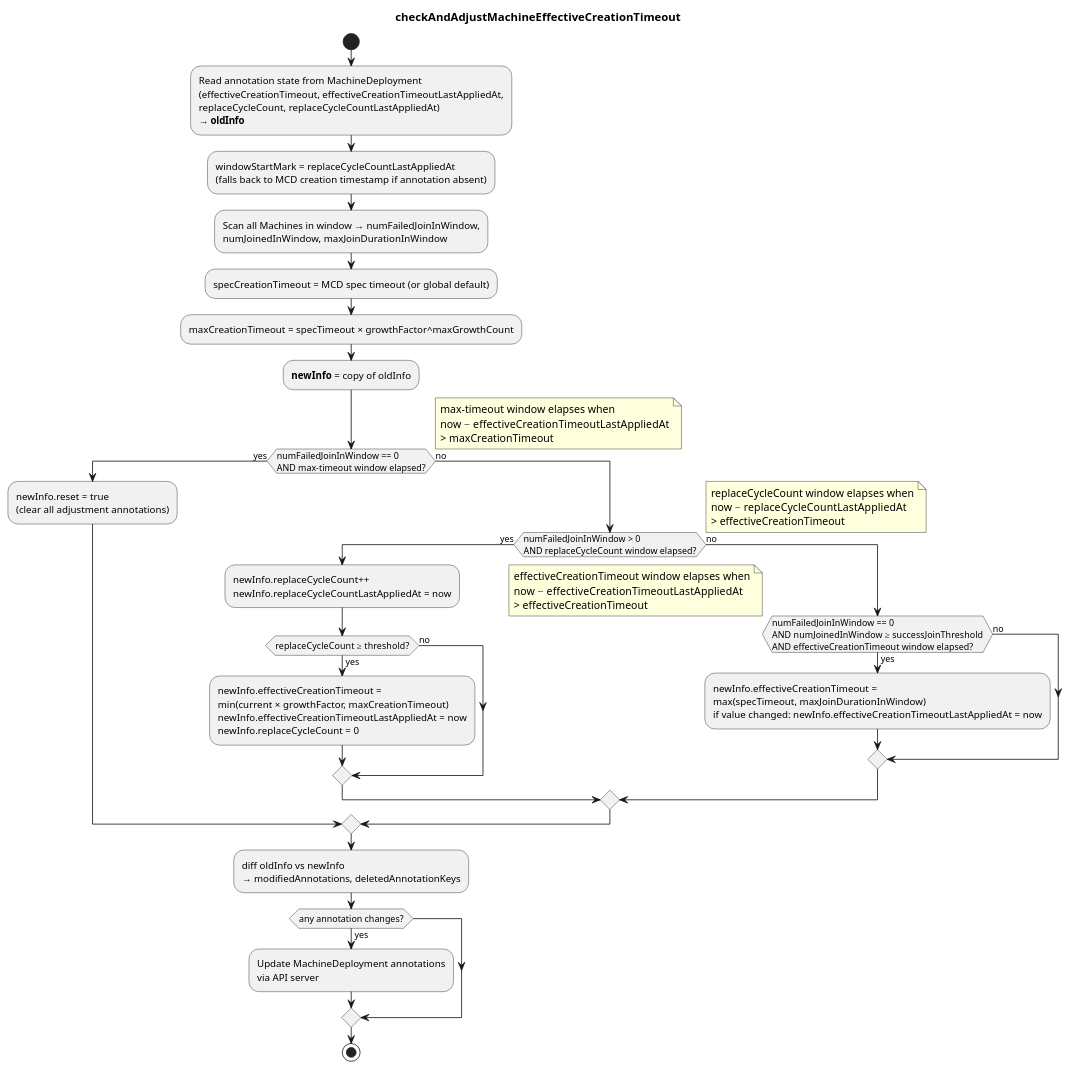
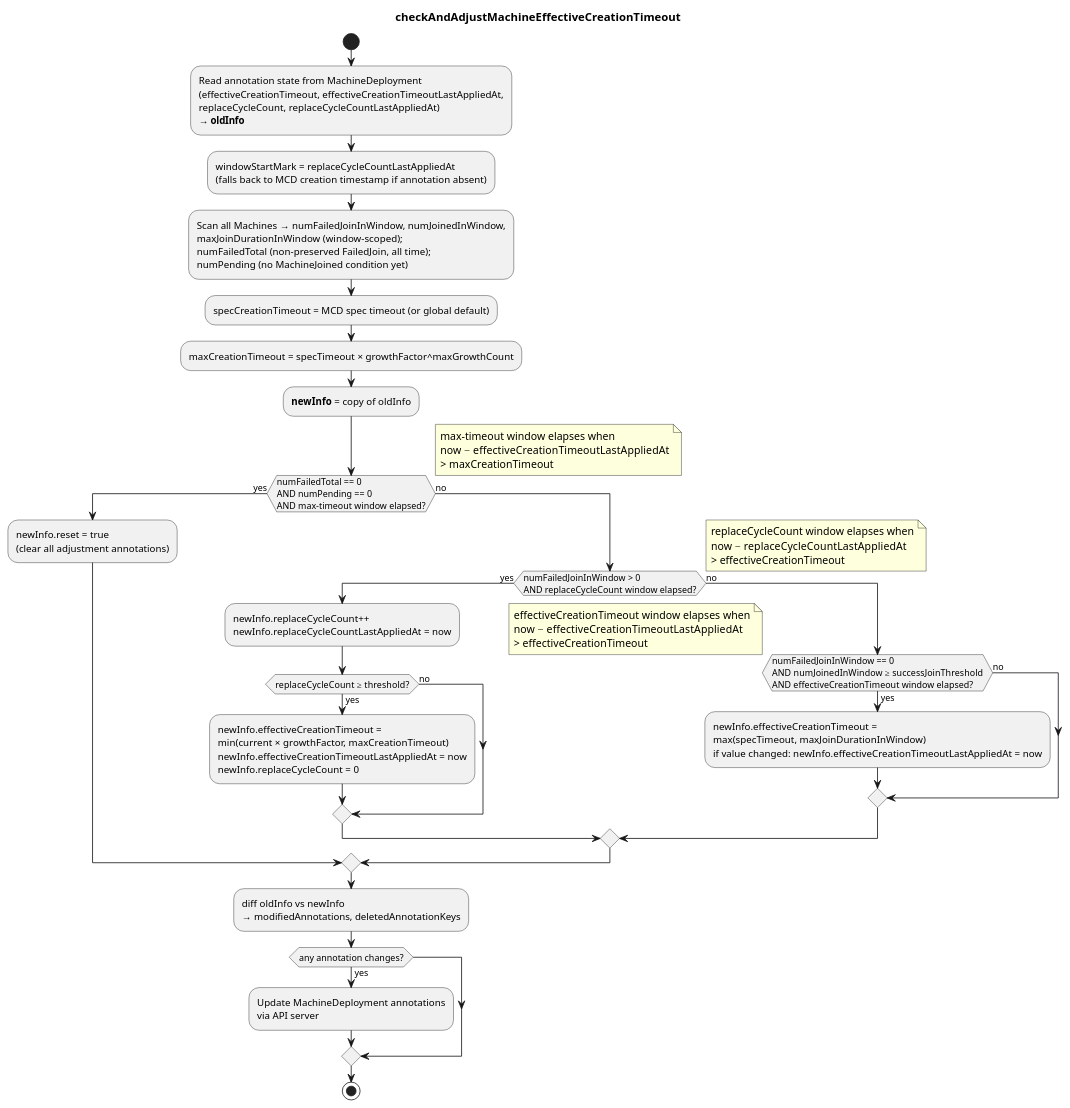
The diagram in docs/images/adjust-effective-creation-timeout.puml (gardener/machine-controller-manager), drawn with PlantUML before and after one commit. The commit also changed 5 other files, not shown here.

First line of the commit message:
Fix spurious reset of effective-creation-timeout while machines are continuously failing or pending

```diff
--- a/docs/images/adjust-effective-creation-timeout.puml
+++ b/docs/images/adjust-effective-creation-timeout.puml
@@ -1,54 +1,54 @@
 @startuml
 title checkAndAdjustMachineEffectiveCreationTimeout
 
 start
 
 :Read annotation state from MachineDeployment\n(effectiveCreationTimeout, effectiveCreationTimeoutLastAppliedAt,\nreplaceCycleCount, replaceCycleCountLastAppliedAt)\n**→ oldInfo**;
 
 :windowStartMark = replaceCycleCountLastAppliedAt\n(falls back to MCD creation timestamp if annotation absent);
-:Scan all Machines in window → numFailedJoinInWindow,\nnumJoinedInWindow, maxJoinDurationInWindow;
+:Scan all Machines → numFailedJoinInWindow, numJoinedInWindow,\nmaxJoinDurationInWindow (window-scoped);\nnumFailedTotal (non-preserved FailedJoin, all time);\nnumPending (no MachineJoined condition yet);
 :specCreationTimeout = MCD spec timeout (or global default);
 :maxCreationTimeout = specTimeout × growthFactor^maxGrowthCount;
 :**newInfo** = copy of oldInfo;
 
-if (numFailedJoinInWindow == 0\nAND max-timeout window elapsed?) then (yes)
+if (numFailedTotal == 0\nAND numPending == 0\nAND max-timeout window elapsed?) then (yes)
 note right
   max-timeout window elapses when
   now − effectiveCreationTimeoutLastAppliedAt
   > maxCreationTimeout
 end note
   :newInfo.reset = true\n(clear all adjustment annotations);
 else (no)
   if (numFailedJoinInWindow > 0\nAND replaceCycleCount window elapsed?) then (yes)
   note right
     replaceCycleCount window elapses when
     now − replaceCycleCountLastAppliedAt
     > effectiveCreationTimeout
   end note
     :newInfo.replaceCycleCount++\nnewInfo.replaceCycleCountLastAppliedAt = now;
     if (replaceCycleCount ≥ threshold?) then (yes)
       :newInfo.effectiveCreationTimeout =\nmin(current × growthFactor, maxCreationTimeout)\nnewInfo.effectiveCreationTimeoutLastAppliedAt = now\nnewInfo.replaceCycleCount = 0;
     else (no)
     endif
   else (no)
     if (numFailedJoinInWindow == 0\nAND numJoinedInWindow ≥ successJoinThreshold\nAND effectiveCreationTimeout window elapsed?) then (yes)
     note right
       effectiveCreationTimeout window elapses when
       now − effectiveCreationTimeoutLastAppliedAt
       > effectiveCreationTimeout
     end note
       :newInfo.effectiveCreationTimeout =\nmax(specTimeout, maxJoinDurationInWindow)\nif value changed: newInfo.effectiveCreationTimeoutLastAppliedAt = now;
     else (no)
     endif
   endif
 endif
 
 :diff oldInfo vs newInfo\n→ modifiedAnnotations, deletedAnnotationKeys;
 
 if (any annotation changes?) then (yes)
   :Update MachineDeployment annotations\nvia API server;
 endif
 
 stop
 
 @enduml
```
